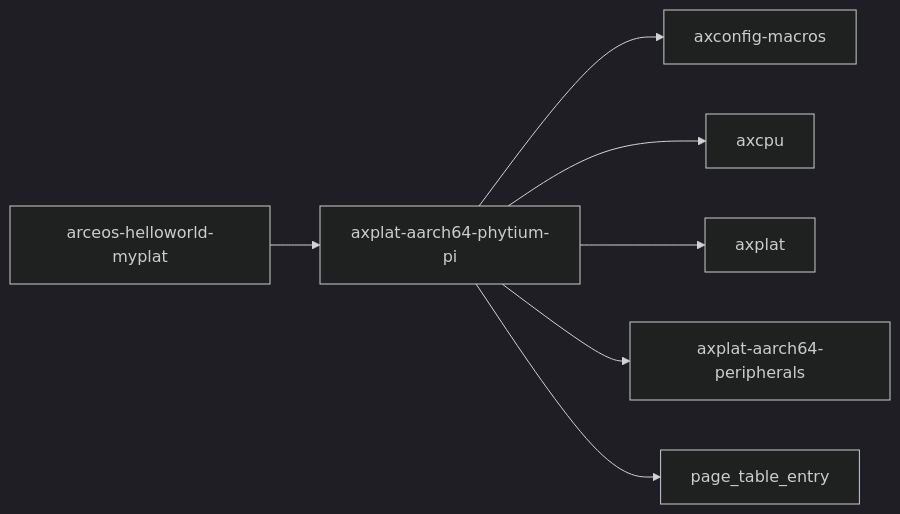
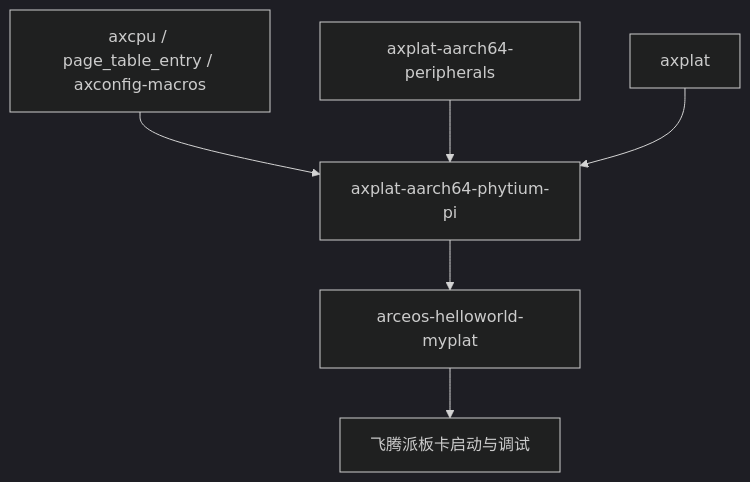
Before and after one commit to rcore-os/tgoskits: the second of 2 diagrams in docs/crates/axplat-aarch64-phytium-pi.md, drawn with Mermaid (dark theme). The commit also changed other lines of this file and 99 other files, not shown here.

````diff
--- a/docs/crates/axplat-aarch64-phytium-pi.md
+++ b/docs/crates/axplat-aarch64-phytium-pi.md
@@ -36,10 +154,8 @@
 ```mermaid
-graph LR
-    current["axplat-aarch64-phytium-pi"]
-    current --> axconfig_macros["axconfig-macros"]
-    current --> axcpu["axcpu"]
-    current --> axplat["axplat"]
-    current --> axplat_aarch64_peripherals["axplat-aarch64-peripherals"]
-    current --> page_table_entry["page_table_entry"]
-    arceos_helloworld_myplat["arceos-helloworld-myplat"] --> current
+graph TD
+    A[axcpu / page_table_entry / axconfig-macros] --> B[axplat-aarch64-phytium-pi]
+    C[axplat-aarch64-peripherals] --> B
+    D[axplat] --> B
+    B --> E[arceos-helloworld-myplat]
+    E --> F[飞腾派板卡启动与调试]
 ```
````
